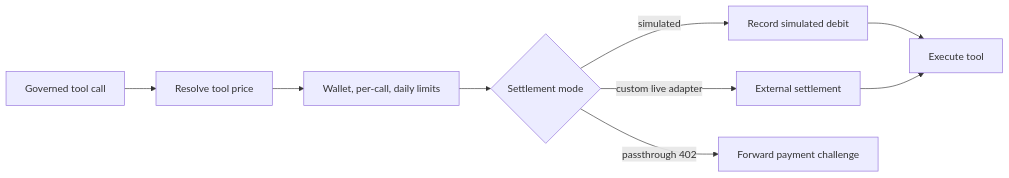
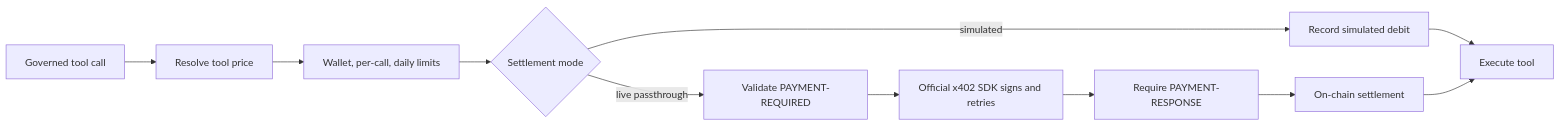
The ninth of 9 diagrams in docs/features-and-flows.md (hk-775/ostiari), drawn with Mermaid before and after one commit. The commit also changed other lines of this file and 34 other files, not shown here.

Commit message:
fix live payment settlement and billing

````diff
--- a/docs/features-and-flows.md
+++ b/docs/features-and-flows.md
@@ -308,11 +308,13 @@
 ```mermaid
 flowchart LR
     Call[Governed tool call] --> Price[Resolve tool price]
     Price --> Limits[Wallet, per-call, daily limits]
     Limits --> Settle{Settlement mode}
     Settle -->|simulated| Ledger[Record simulated debit]
-    Settle -->|custom live adapter| External[External settlement]
-    Settle -->|passthrough 402| Upstream[Forward payment challenge]
+    Settle -->|live passthrough| Challenge[Validate PAYMENT-REQUIRED]
+    Challenge --> Sign[Official x402 SDK signs and retries]
+    Sign --> Confirm[Require PAYMENT-RESPONSE]
+    Confirm --> External[On-chain settlement]
     Ledger --> Execute[Execute tool]
     External --> Execute
 ```
````
